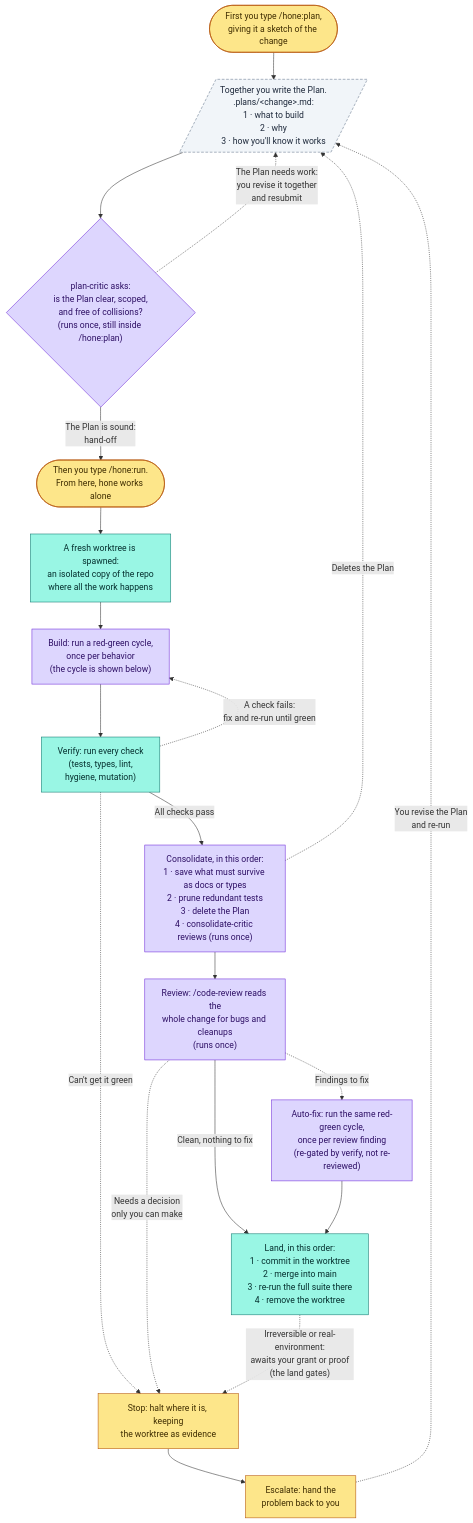
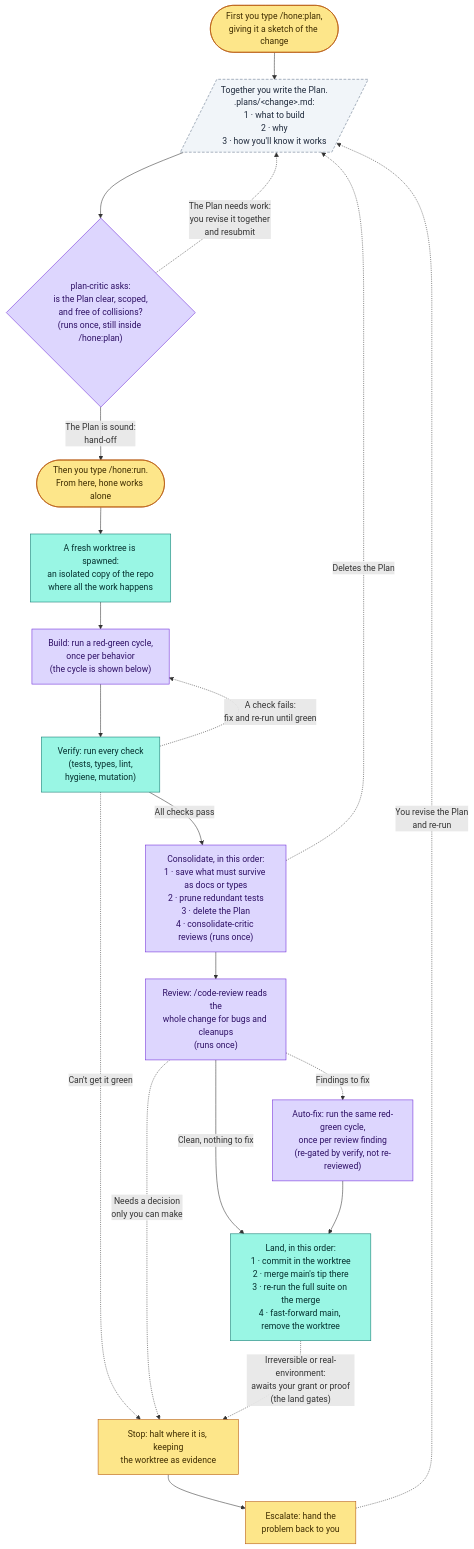
The second of 4 diagrams in docs/model.md (dominik-rehse/hone), drawn with Mermaid before and after one commit. The commit also changed other lines of this file and 11 other files, not shown here.

````diff
--- a/docs/model.md
+++ b/docs/model.md
@@ -189,45 +189,45 @@
 ```mermaid
 flowchart TD
     cmdPlan(["First you type /hone:plan,<br/>giving it a sketch of the change"])
     planFile[/"Together you write the Plan.<br/>.plans/&lt;change&gt;.md:<br/>1 · what to build<br/>2 · why<br/>3 · how you'll know it works"/]
     cmdRun(["Then you type /hone:run.<br/>From here, hone works alone"])
     admit{"plan-critic asks:<br/>is the Plan clear, scoped,<br/>and free of collisions?<br/>(runs once, still inside /hone:plan)"}
     wt["A fresh worktree is spawned:<br/>an isolated copy of the repo<br/>where all the work happens"]
     build["Build: run a red-green cycle,<br/>once per behavior<br/>(the cycle is shown below)"]
     verify["Verify: run every check<br/>(tests, types, lint,<br/>hygiene, mutation)"]
     cons["Consolidate, in this order:<br/>1 · save what must survive as docs or types<br/>2 · prune redundant tests<br/>3 · delete the Plan<br/>4 · consolidate-critic reviews (runs once)"]
     rev["Review: /code-review reads the<br/>whole change for bugs and cleanups<br/>(runs once)"]
     fix["Auto-fix: run the same red-green cycle,<br/>once per review finding<br/>(re-gated by verify, not re-reviewed)"]
-    land["Land, in this order:<br/>1 · commit in the worktree<br/>2 · merge into main<br/>3 · re-run the full suite there<br/>4 · remove the worktree"]
+    land["Land, in this order:<br/>1 · commit in the worktree<br/>2 · merge main's tip there<br/>3 · re-run the full suite on the merge<br/>4 · fast-forward main, remove the worktree"]
     esc["Escalate: hand the<br/>problem back to you"]
     stop["Stop: halt where it is, keeping<br/>the worktree as evidence"]
 
     cmdPlan --> planFile
     planFile --> admit
     admit -->|"The Plan is sound:<br/>hand-off"| cmdRun
     admit -.->|"The Plan needs work:<br/>you revise it together<br/>and resubmit"| planFile
     cmdRun --> wt
     wt --> build
     build --> verify
     verify -->|"All checks pass"| cons
     verify -.->|"A check fails:<br/>fix and re-run until green"| build
     verify -.->|"Can't get it green"| stop
     cons --> rev
     cons -.->|"Deletes the Plan"| planFile
     rev -->|"Clean, nothing to fix"| land
     rev -.->|"Findings to fix"| fix
     fix --> land
     rev -.->|"Needs a decision<br/>only you can make"| stop
     land -.->|"Irreversible or real-environment:<br/>awaits your grant or proof<br/>(the land gates)"| stop
     stop --> esc
     esc -.->|"You revise the Plan<br/>and re-run"| planFile
 
     classDef human fill:#fde68a,stroke:#b45309,color:#3f2d00;
     classDef deterministic fill:#99f6e4,stroke:#0f766e,color:#042f2e;
     classDef stochastic fill:#ddd6fe,stroke:#6d28d9,color:#2e1065;
     classDef artifact fill:#f1f5f9,stroke:#64748b,color:#1e293b,stroke-dasharray:5 3;
     class cmdPlan,cmdRun,esc,stop human;
     class wt,verify,land deterministic;
     class admit,build,cons,rev,fix stochastic;
     class planFile artifact;
 ```
````
